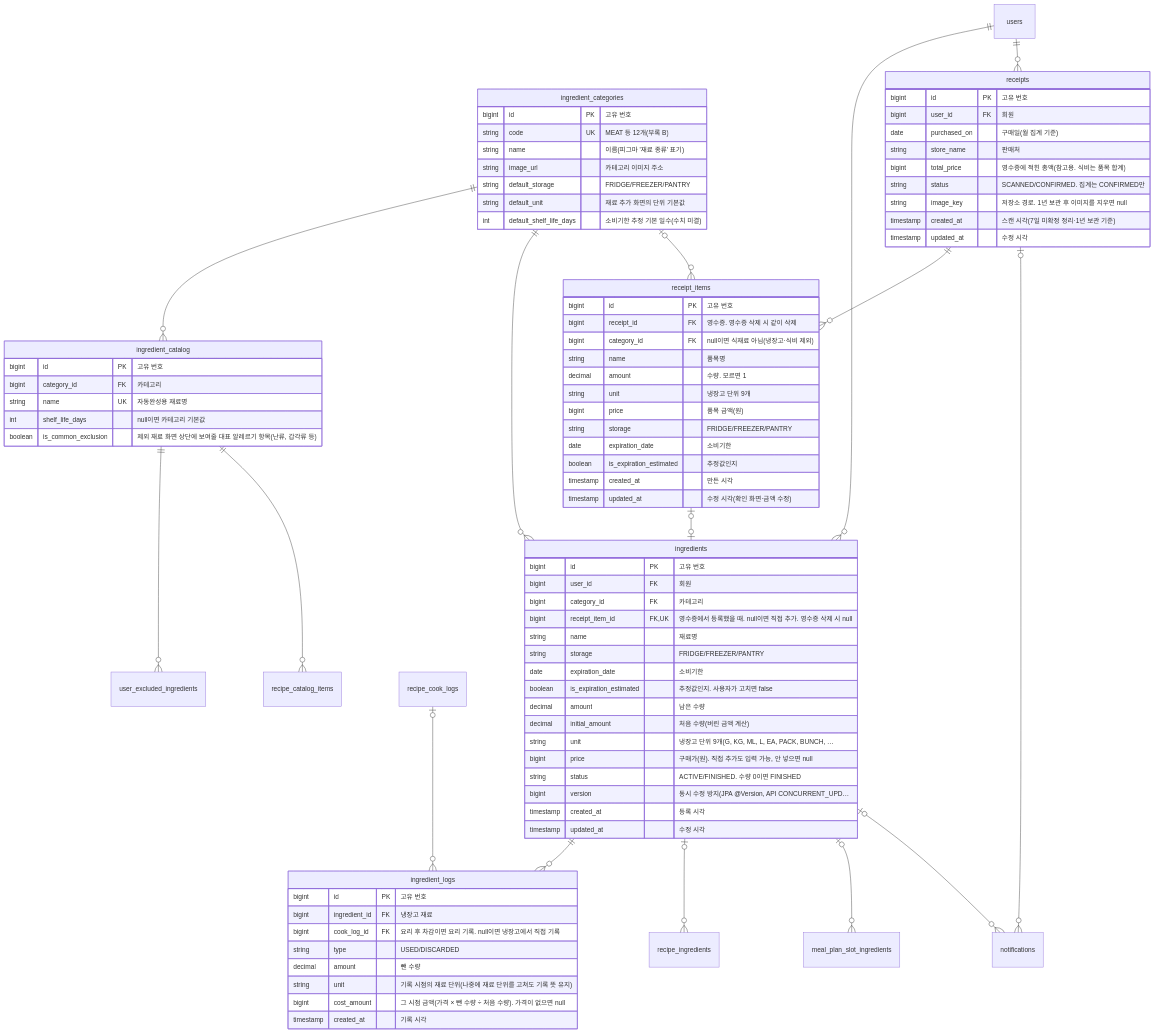
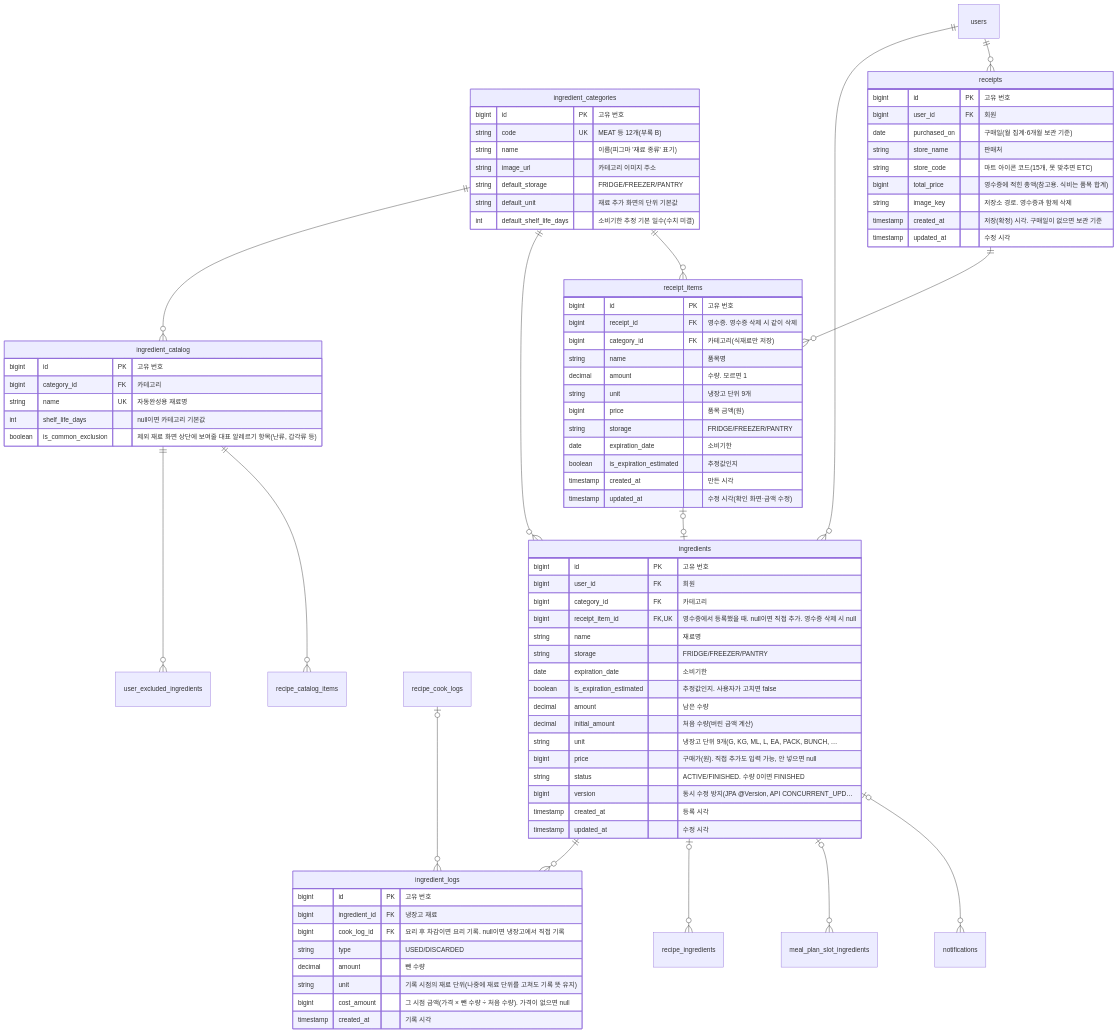
Before and after one commit to likelion-backendschool-9th/REMAKE: the third of 6 diagrams in docs/developer/erd.md, drawn with Mermaid. The commit also changed other lines of this file and 4 other files, not shown here.

```diff
--- a/docs/developer/erd.md
+++ b/docs/developer/erd.md
@@ -172,12 +183,11 @@
   recipe_cook_logs |o--o{ ingredient_logs : ""
   users ||--o{ receipts : ""
   receipts ||--o{ receipt_items : ""
-  ingredient_categories |o--o{ receipt_items : ""
+  ingredient_categories ||--o{ receipt_items : ""
   ingredients |o--o{ recipe_ingredients : ""
   ingredient_catalog ||--o{ recipe_catalog_items : ""
   ingredients |o--o{ meal_plan_slot_ingredients : ""
   ingredients |o--o{ notifications : ""
-  receipts |o--o{ notifications : ""
   ingredient_categories {
     bigint id PK "고유 번호"
     string code UK "MEAT 등 12개(부록 B)"
@@ -225,18 +235,18 @@
   receipts {
     bigint id PK "고유 번호"
     bigint user_id FK "회원"
-    date purchased_on "구매일(월 집계 기준)"
+    date purchased_on "구매일(월 집계·6개월 보관 기준)"
     string store_name "판매처"
+    string store_code "마트 아이콘 코드(15개, 못 맞추면 ETC)"
     bigint total_price "영수증에 적힌 총액(참고용. 식비는 품목 합계)"
-    string status "SCANNED/CONFIRMED. 집계는 CONFIRMED만"
-    string image_key "저장소 경로. 1년 보관 후 이미지를 지우면 null"
-    timestamp created_at "스캔 시각(7일 미확정 정리·1년 보관 기준)"
+    string image_key "저장소 경로. 영수증과 함께 삭제"
+    timestamp created_at "저장(확정) 시각. 구매일이 없으면 보관 기준"
     timestamp updated_at "수정 시각"
   }
   receipt_items {
     bigint id PK "고유 번호"
     bigint receipt_id FK "영수증. 영수증 삭제 시 같이 삭제"
-    bigint category_id FK "null이면 식재료 아님(냉장고·식비 제외)"
+    bigint category_id FK "카테고리(식재료만 저장)"
     string name "품목명"
     decimal amount "수량. 모르면 1"
     string unit "냉장고 단위 9개"
```
